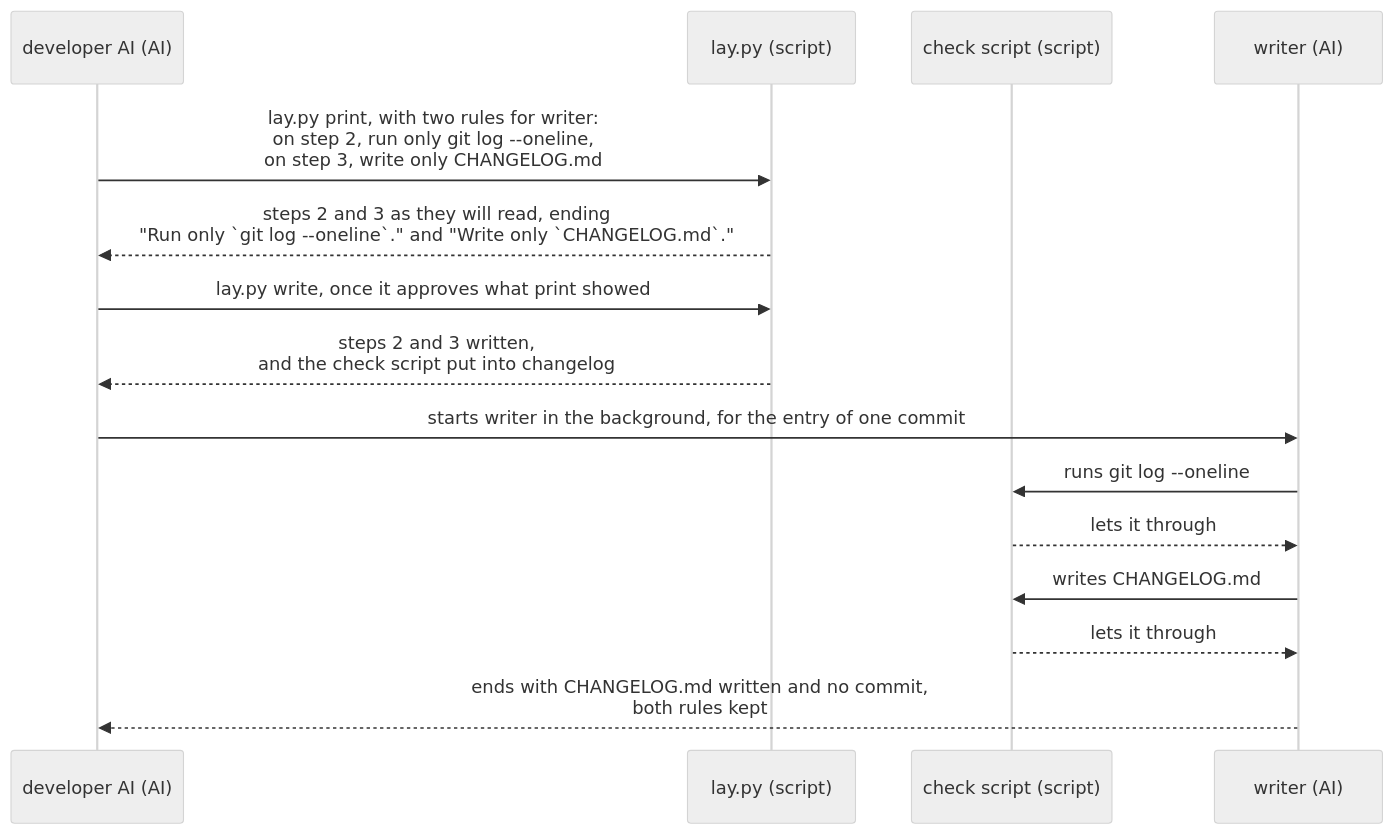
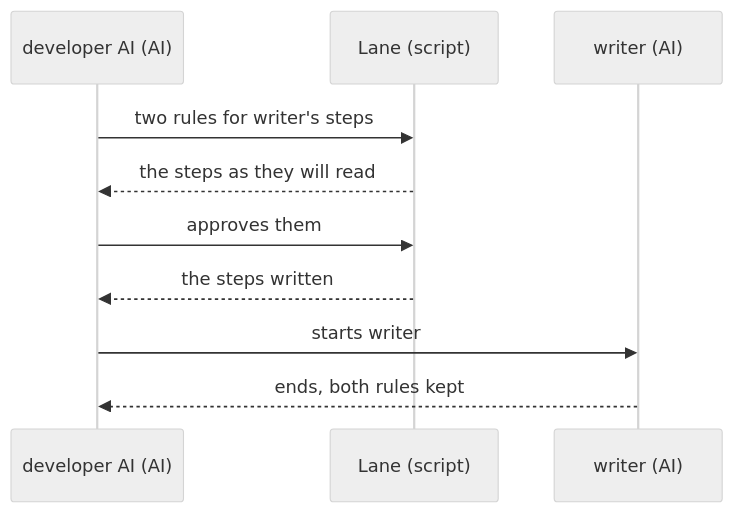
Before and after one commit to lovaizu/ccpm: the first of 2 diagrams in dev/lane/ux.md, drawn with Mermaid (neutral theme). The commit also changed other lines of this file and 1 other file, not shown here.

First line of the commit message:
lane: the UX's scenarios show the developer AI's way from its need to its gain, Lane one closed box: what it gives, sees, approves and gets, the rules' and routes' content and Lane's scripts left to the README and the architecture

````diff
--- a/dev/lane/ux.md
+++ b/dev/lane/ux.md
@@ -50,17 +46,12 @@
 ```mermaid
 sequenceDiagram
   participant A as developer AI (AI)
-  participant L as lay.py (script)
-  participant K as check script (script)
+  participant L as Lane (script)
   participant W as writer (AI)
-  A->>L: lay.py print, with two rules for writer:<br>on step 2, run only git log --oneline,<br>on step 3, write only CHANGELOG.md
-  L-->>A: steps 2 and 3 as they will read, ending<br>"Run only `git log --oneline`." and "Write only `CHANGELOG.md`."
-  A->>L: lay.py write, once it approves what print showed
-  L-->>A: steps 2 and 3 written,<br>and the check script put into changelog
-  A->>W: starts writer in the background, for the entry of one commit
-  W->>K: runs git log --oneline
-  K-->>W: lets it through
-  W->>K: writes CHANGELOG.md
-  K-->>W: lets it through
-  W-->>A: ends with CHANGELOG.md written and no commit,<br>both rules kept
+  A->>L: two rules for writer's steps
+  L-->>A: the steps as they will read
+  A->>L: approves them
+  L-->>A: the steps written
+  A->>W: starts writer
+  W-->>A: ends, both rules kept
 ```
````
